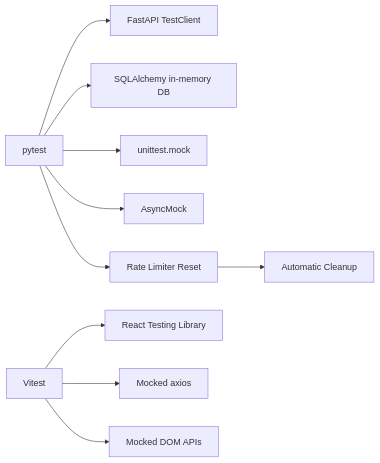
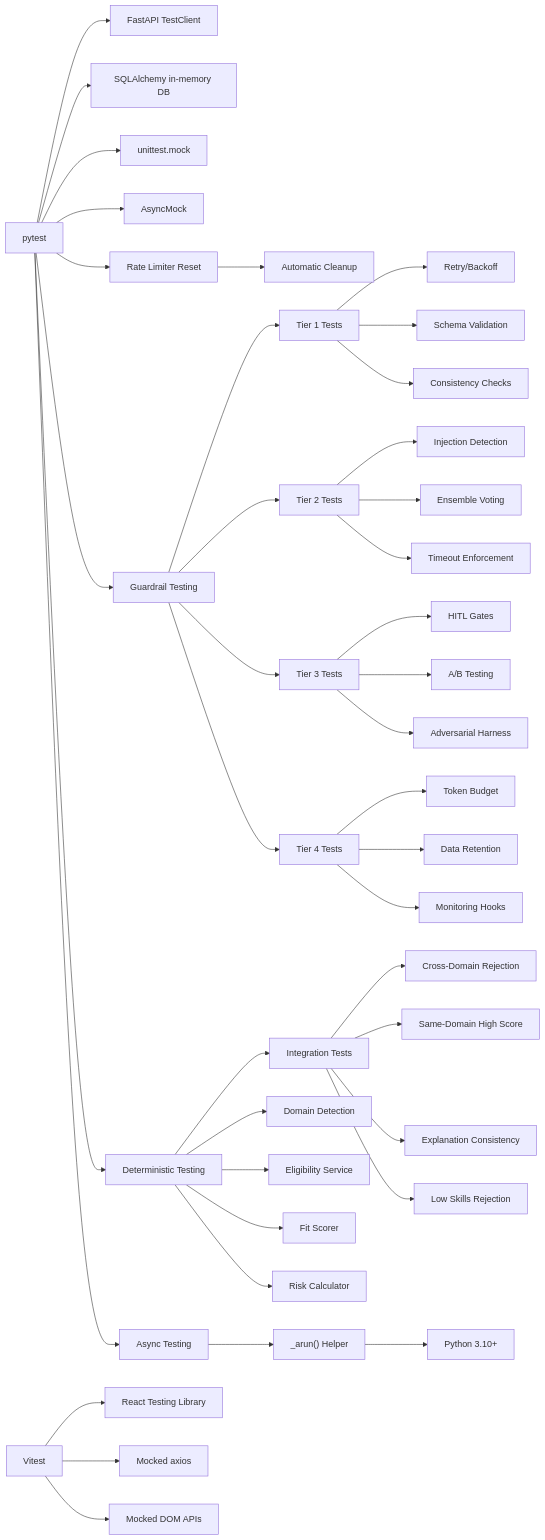
One commit to Revanththetalogics/aireume changed diagram 18 of 18 in .qoder/repowiki/en/content/Testing Strategy.md. Above: the diagram before and after it, drawn with Mermaid. The commit also changed other lines of this file and 21 other files, not shown here.

Commit message:
add domain-clustered skill taxonomy and two-pass validation to fix false positives; unlock tenant weight customization

````diff
--- a/.qoder/repowiki/en/content/Testing Strategy.md
+++ b/.qoder/repowiki/en/content/Testing Strategy.md
@@ -975,12 +1345,42 @@
 ```mermaid
 graph LR
 Py["pytest"] --> FA["FastAPI TestClient"]
 Py --> SA["SQLAlchemy in-memory DB"]
 Py --> UM["unittest.mock"]
 Py --> AM["AsyncMock"]
 Py --> RL["Rate Limiter Reset"]
+Py --> GT["Guardrail Testing"]
+Py --> DT["Deterministic Testing"]
+Py --> AT["Async Testing"]
+AT --> ARUN["_arun() Helper"]
+ARUN --> PY310["Python 3.10+"]
 VT["Vitest"] --> RTL["React Testing Library"]
 VT --> AX["Mocked axios"]
 VT --> DOM["Mocked DOM APIs"]
 RL --> AC["Automatic Cleanup"]
+GT --> T1["Tier 1 Tests"]
+GT --> T2["Tier 2 Tests"]
+GT --> T3["Tier 3 Tests"]
+GT --> T4["Tier 4 Tests"]
+T1 --> Retry["Retry/Backoff"]
+T1 --> Schema["Schema Validation"]
+T1 --> Consistency["Consistency Checks"]
+T2 --> Injection["Injection Detection"]
+T2 --> Ensemble["Ensemble Voting"]
+T2 --> Timeout["Timeout Enforcement"]
+T3 --> HITL["HITL Gates"]
+T3 --> ABTest["A/B Testing"]
+T3 --> Adversarial["Adversarial Harness"]
+T4 --> Budget["Token Budget"]
+T4 --> Retention["Data Retention"]
+T4 --> Monitoring["Monitoring Hooks"]
+DT --> Integration["Integration Tests"]
+DT --> Domain["Domain Detection"]
+DT --> Eligibility["Eligibility Service"]
+DT --> Fit["Fit Scorer"]
+DT --> Risk["Risk Calculator"]
+Integration --> CrossDomain["Cross-Domain Rejection"]
+Integration --> SameDomain["Same-Domain High Score"]
+Integration --> Explanation["Explanation Consistency"]
+Integration --> LowSkills["Low Skills Rejection"]
 ```
````
